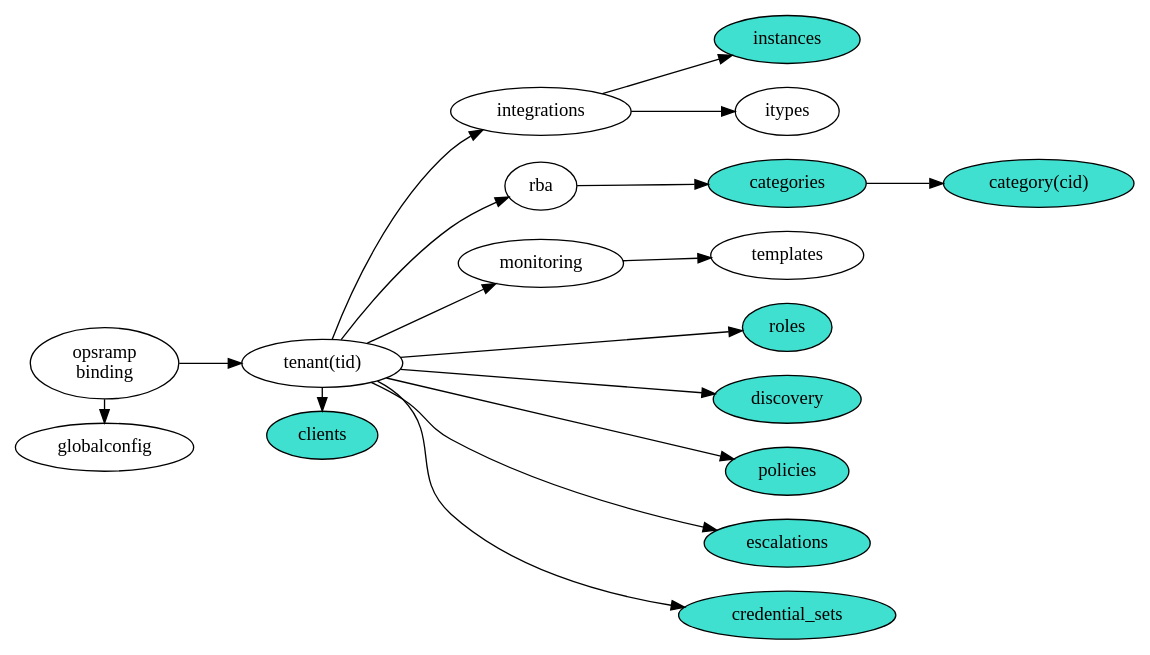
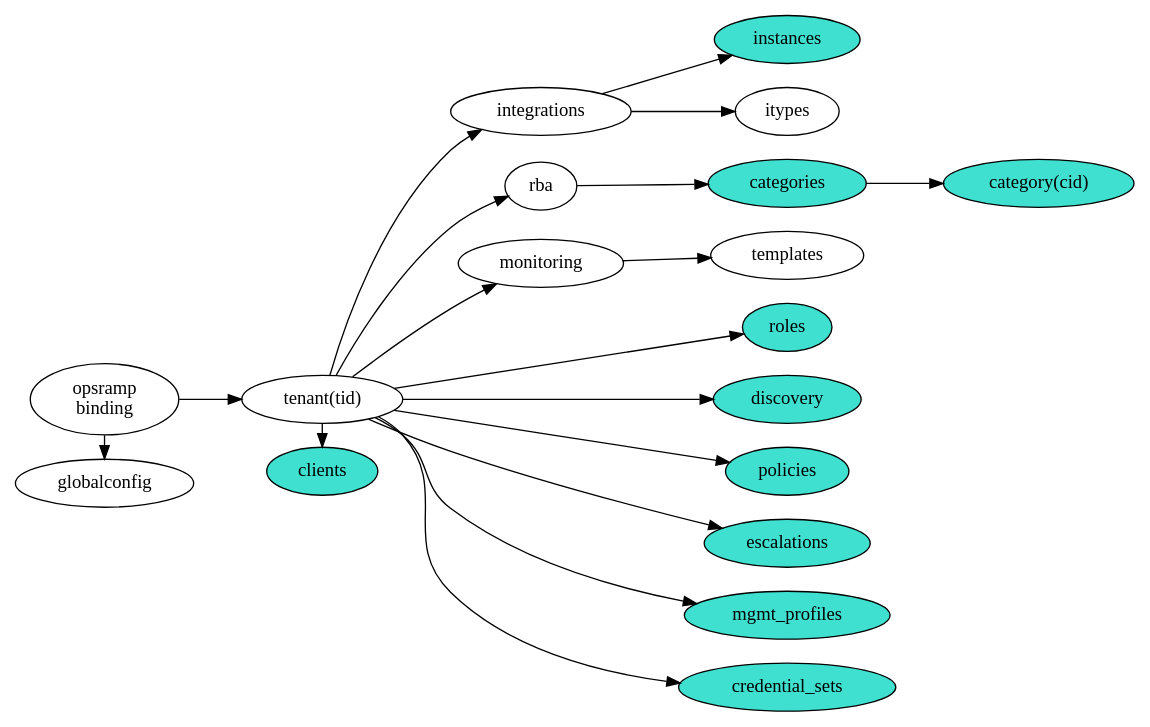
One commit to HewlettPackard/python-opsramp changed the diagram in classes.dot. Above: the diagram before and after it, drawn with Graphviz. The commit also changed 7 other files, not shown here.

```diff
--- a/classes.dot
+++ b/classes.dot
@@ -1,43 +1,44 @@
 # classes.dot
 # An input file for graphviz that produces a diagram of the relationship
 # between the various classes in the python-opsramp language binding.
 #
 # (c) Copyright 2019 Hewlett Packard Enterprise Development LP
 #
 # Licensed under the Apache License, Version 2.0 (the "License");
 # you may not use this file except in compliance with the License.
 # You may obtain a copy of the License at
 #
 #     http://www.apache.org/licenses/LICENSE-2.0
 #
 # Unless required by applicable law or agreed to in writing, software
 # distributed under the License is distributed on an "AS IS" BASIS,
 # WITHOUT WARRANTIES OR CONDITIONS OF ANY KIND, either express or implied.
 # See the License for the specific language governing permissions and
 # limitations under the License.
 #
 digraph {
   rankdir="LR";
   binding -> { globalconfig tenant }
-  tenant -> { clients integrations rba monitoring roles discovery policies escalations credential_sets }
+  tenant -> { clients integrations rba monitoring roles discovery policies escalations mgmt_profiles credential_sets }
   rba -> categories
   categories -> category
   monitoring -> templates
   integrations -> { instances itypes }
 
   { rank=same binding globalconfig }
   { rank=same tenant clients }
-  { rank=same categories templates policies itypes instances discovery credential_sets roles escalations }
+  { rank=same categories templates policies itypes instances discovery credential_sets roles escalations mgmt_profiles }
 
   binding [label="opsramp\nbinding"]
   tenant [label="tenant(tid)"]
   category [label="category(cid)" style="filled" fillcolor="turquoise"]
   instances [style="filled" fillcolor="turquoise"]
   categories [style="filled" fillcolor="turquoise"]
   policies [style="filled" fillcolor="turquoise"]
   clients [style="filled" fillcolor="turquoise"]
   discovery [style="filled" fillcolor="turquoise"]
   credential_sets [style="filled" fillcolor="turquoise"]
   roles [style="filled" fillcolor="turquoise"]
   escalations [style="filled" fillcolor="turquoise"]
+  mgmt_profiles [style="filled" fillcolor="turquoise"]
 }
```
